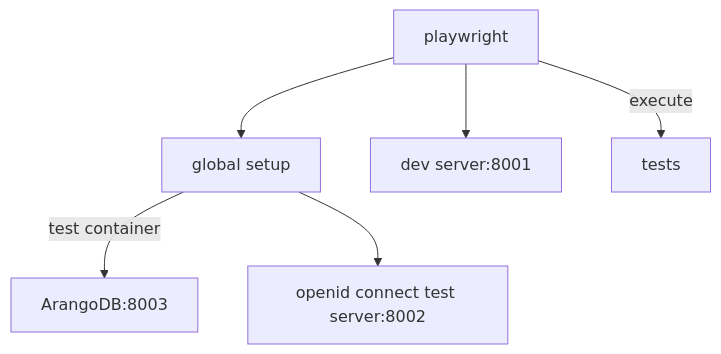
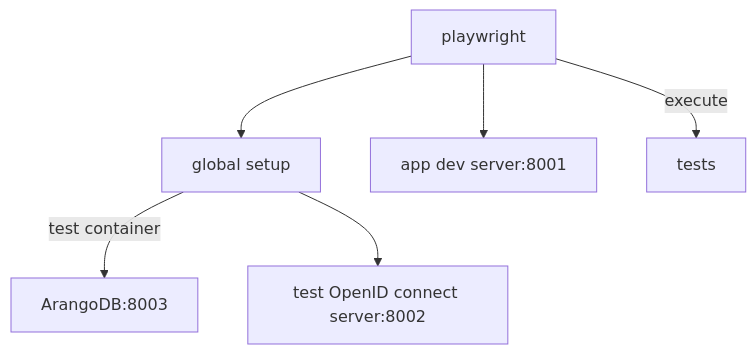
One commit to LXCat-project/LXCat changed the diagram in app/README.md. Above: the diagram before and after it, drawn with Mermaid. The commit also changed other lines of this file, not shown here.

Commit message:
Explain `app/e2e/test-oidc-server.ts`

````diff
--- a/app/README.md
+++ b/app/README.md
@@ -196,8 +196,8 @@
 ```mermaid
 graph TD
     playwright --> g[global setup]
     g -->|test container| a[ArangoDB:8003]
-    g --> o[openid connect test server:8002]
-    playwright --> d[dev server:8001]
+    g --> o[test OpenID connect server:8002]
+    playwright --> d[app dev server:8001]
     playwright -->|execute| t[tests]
 ```
````
